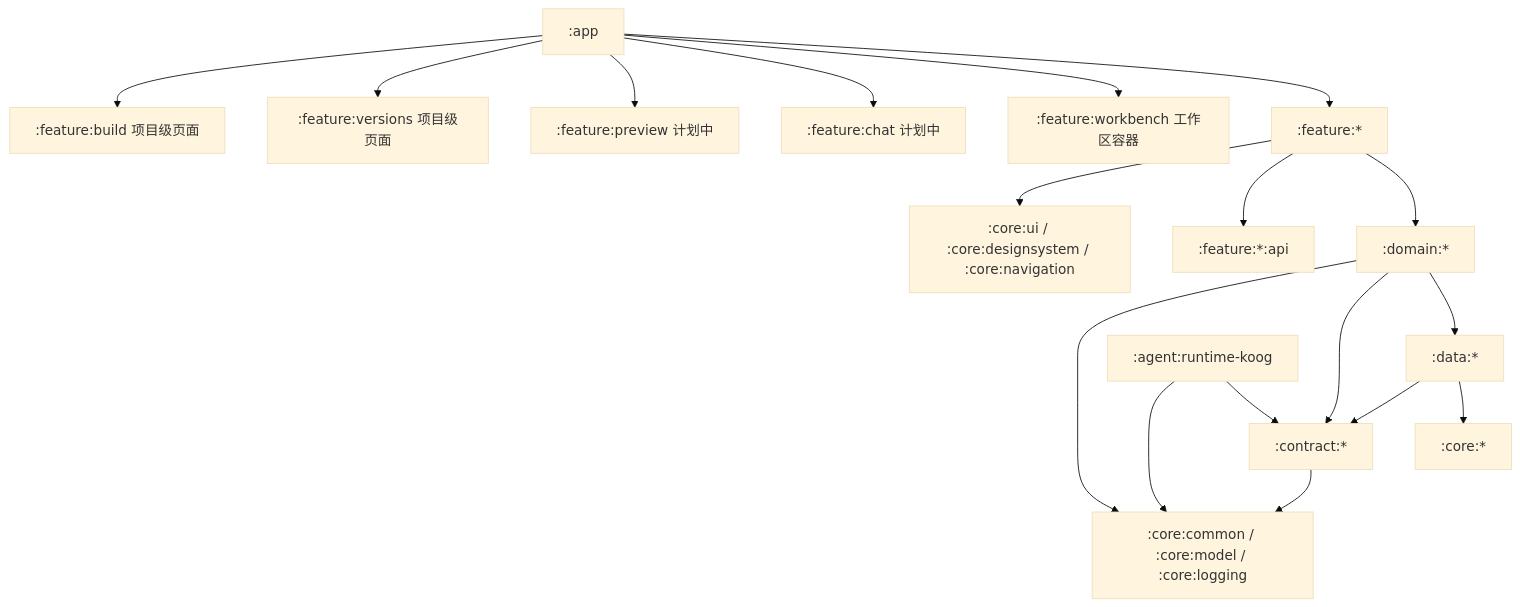
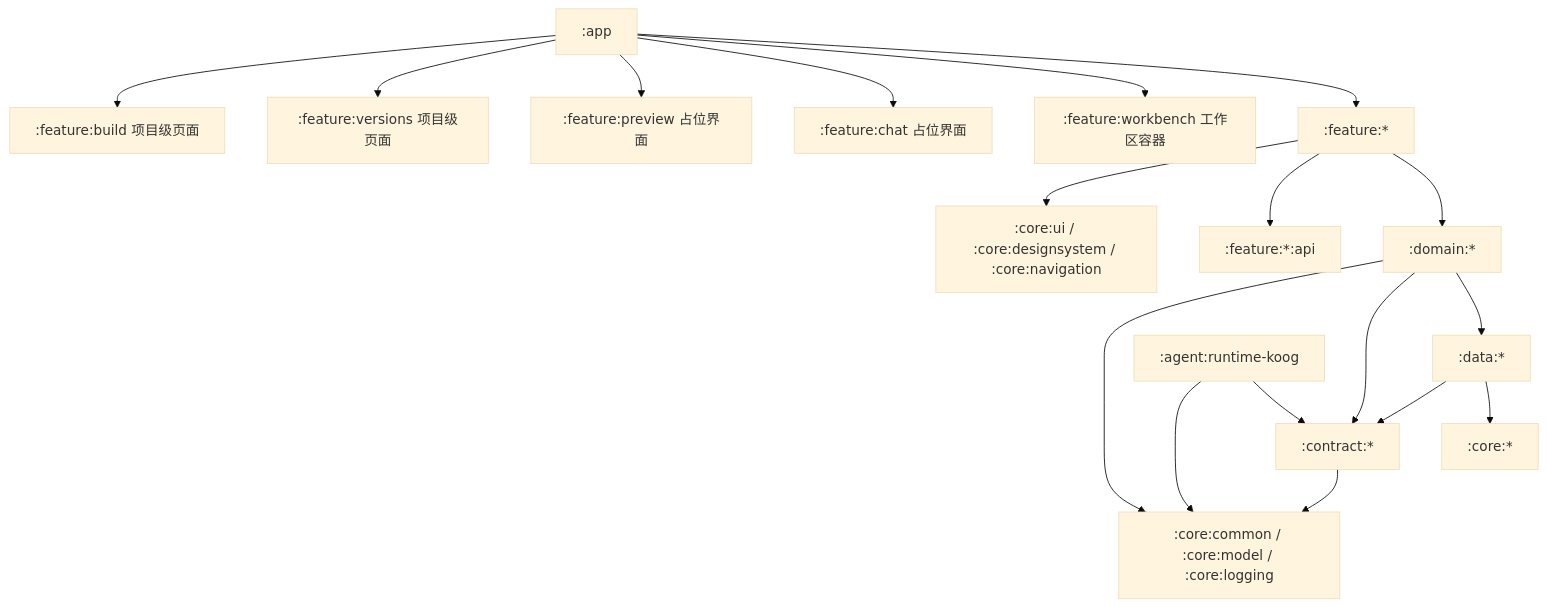
Before and after one commit to yclw/new-advd: the diagram in ARCHITECTURE.md, drawn with Mermaid (base theme). The commit also changed other lines of this file and 43 other files, not shown here.

````diff
--- a/ARCHITECTURE.md
+++ b/ARCHITECTURE.md
@@ -38,24 +38,24 @@
 ```mermaid
 graph TD
     app[":app"] --> feature[":feature:*"]
     app --> workbench[":feature:workbench 工作区容器"]
-    app --> chat[":feature:chat 计划中"]
-    app --> previewUi[":feature:preview 计划中"]
+    app --> chat[":feature:chat 占位界面"]
+    app --> previewUi[":feature:preview 占位界面"]
     app --> versionsUi[":feature:versions 项目级页面"]
     app --> buildUi[":feature:build 项目级页面"]
 
     feature --> domain[":domain:*"]
     feature --> featureApi[":feature:*:api"]
     feature --> uiCore[":core:ui / :core:designsystem / :core:navigation"]
 
     domain --> data[":data:*"]
     domain --> contract[":contract:*"]
     domain --> common[":core:common / :core:model / :core:logging"]
 
     data --> core[":core:*"]
     data --> contract
 
     agentRuntime[":agent:runtime-koog"] --> contract
     agentRuntime --> common
     contract --> common
 ```
````
